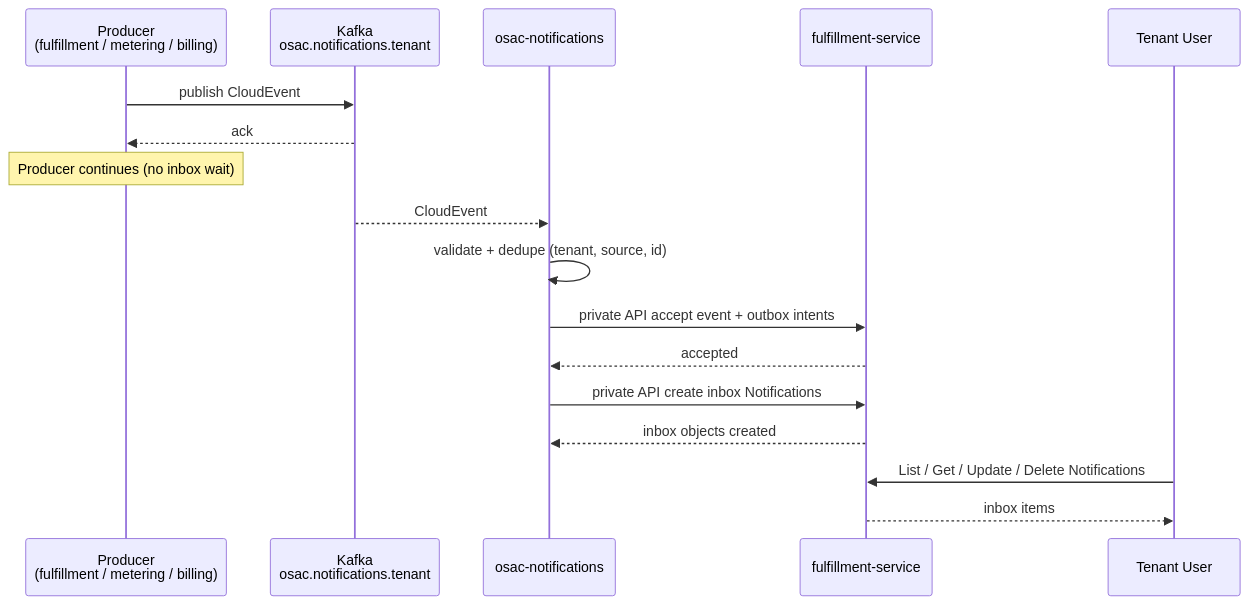
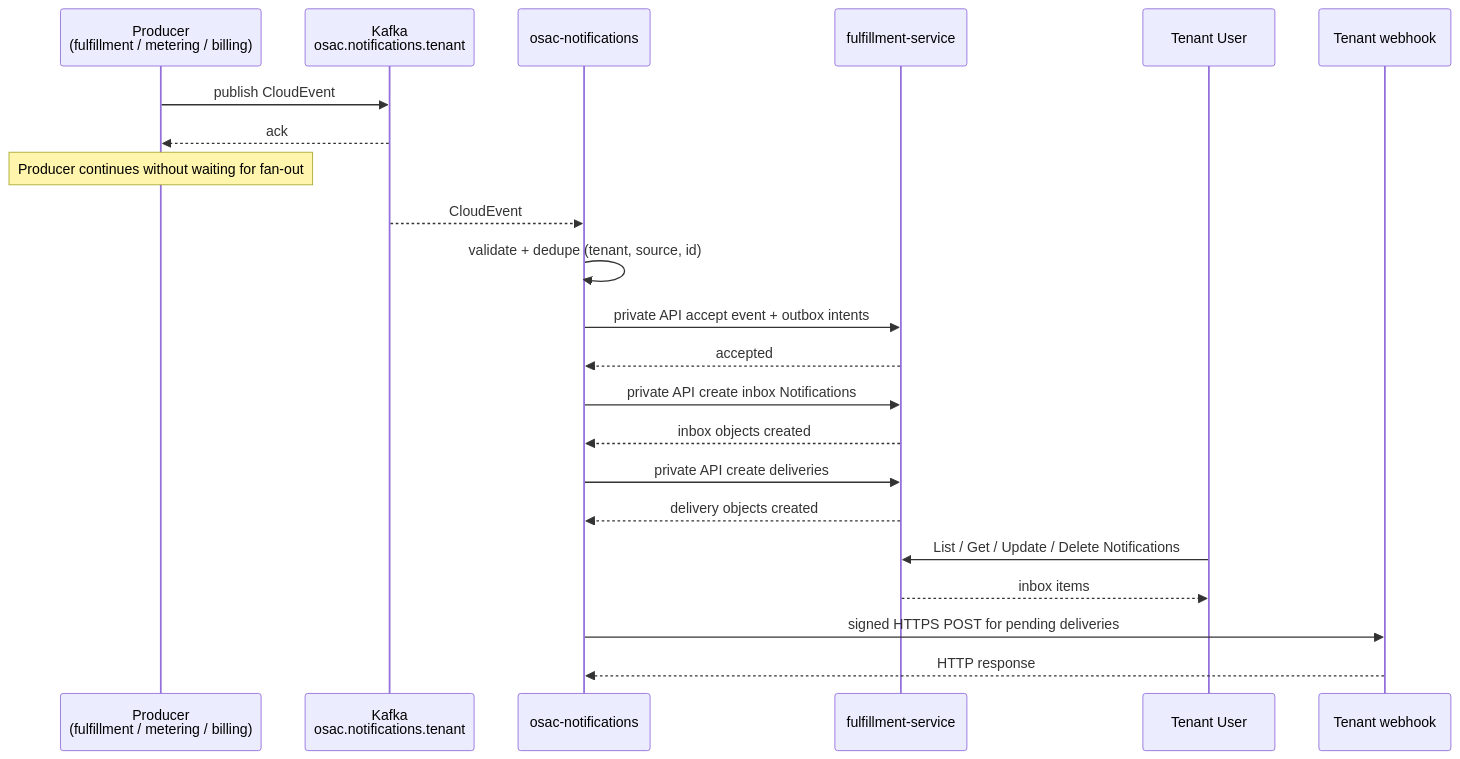
Before and after one commit to osac-project/enhancement-proposals: the second of 2 diagrams in enhancements/OSAC-75-notifications/design.md, drawn with Mermaid. The commit also changed other lines of this file, not shown here.

````diff
--- a/enhancements/OSAC-75-notifications/design.md
+++ b/enhancements/OSAC-75-notifications/design.md
@@ -110,19 +110,24 @@
 ```mermaid
 sequenceDiagram
     participant Prod as Producer <br>(fulfillment / metering / billing)
     participant Kafka as Kafka <br>osac.notifications.tenant
     participant N as osac-notifications
     participant FS as fulfillment-service
     participant User as Tenant User
+    participant Hook as Tenant webhook
     Prod ->> Kafka: publish CloudEvent
     Kafka -->> Prod: ack
-    Note over Prod: Producer continues (no inbox wait)
+    Note over Prod: Producer continues without waiting for fan-out
     Kafka -->> N: CloudEvent
     N ->> N: validate + dedupe (tenant, source, id)
     N ->> FS: private API accept event + outbox intents
     FS -->> N: accepted
     N ->> FS: private API create inbox Notifications
     FS -->> N: inbox objects created
+    N ->> FS: private API create deliveries
+    FS -->> N: delivery objects created
     User ->> FS: List / Get / Update / Delete Notifications
     FS -->> User: inbox items
+    N ->> Hook: signed HTTPS POST for pending deliveries
+    Hook -->> N: HTTP response
 ```
````
